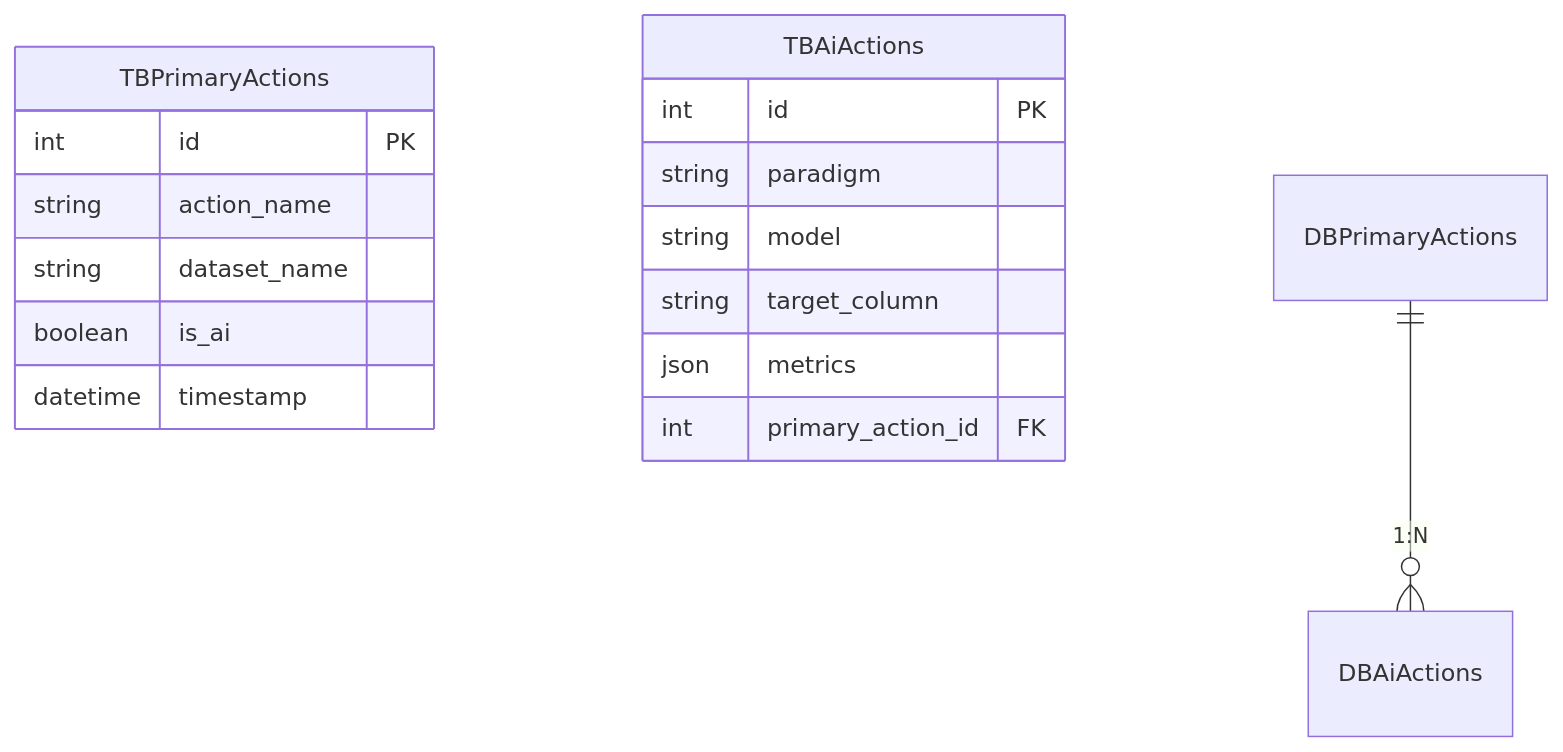
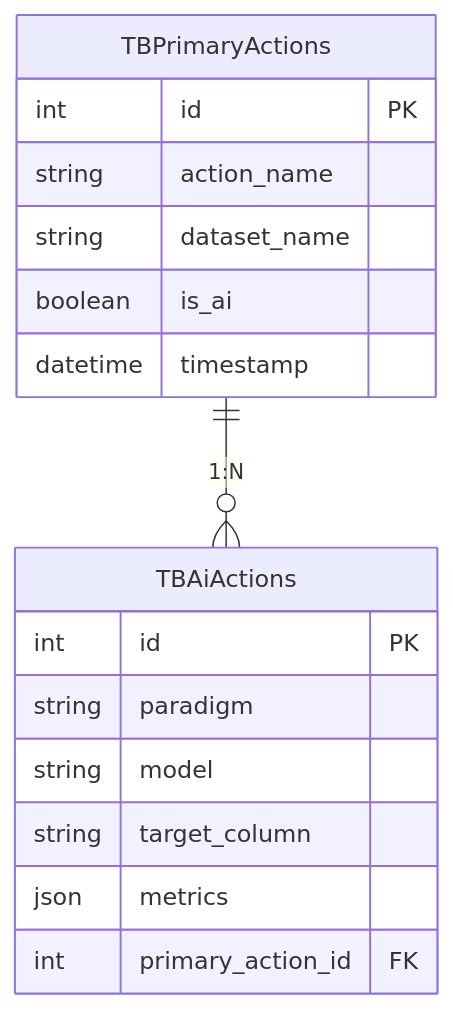
The first of 2 diagrams in README.md (SerginhoTanaka/estagio-supervisionado), drawn with Mermaid before and after one commit.

````diff
--- a/README.md
+++ b/README.md
@@ -38,23 +38,23 @@
 ```mermaid
 erDiagram
     TBPrimaryActions {
         int id PK
         string action_name
         string dataset_name
         boolean is_ai
         datetime timestamp
     }
 
     TBAiActions {
         int id PK
         string paradigm
         string model
         string target_column
         json metrics
         int primary_action_id FK
     }
 
-    DBPrimaryActions ||--o{ DBAiActions : "1:N"
+    TBPrimaryActions ||--o{ TBAiActions : "1:N"
 
 
 ```
````
